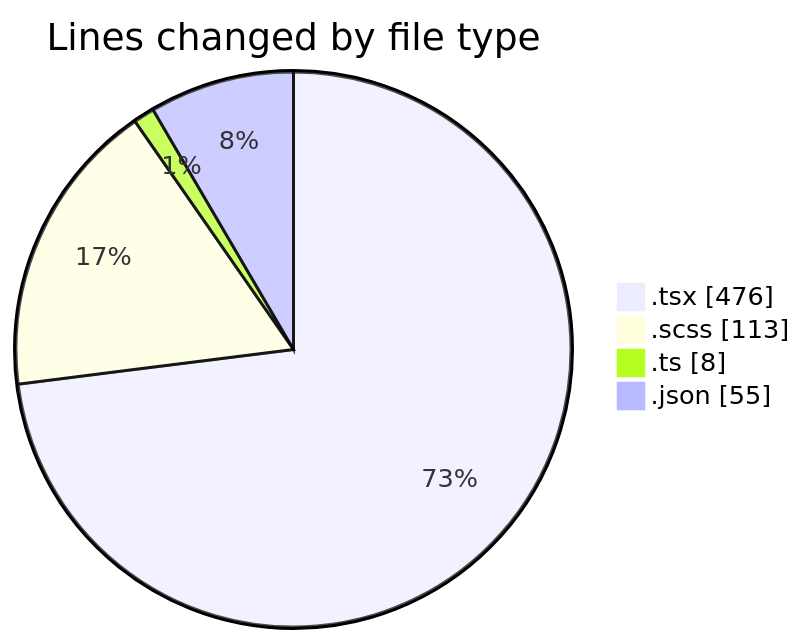
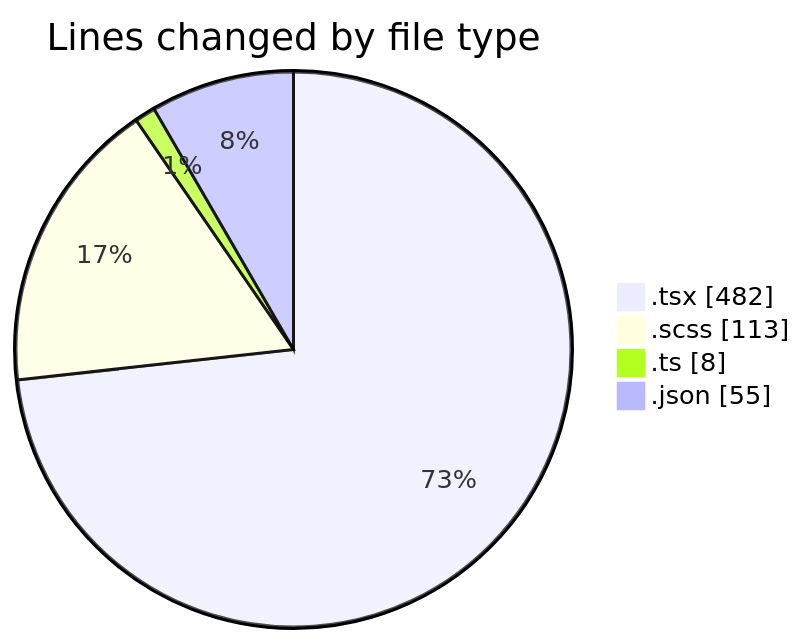
One commit to momahboobian/code-tracking changed the first of 2 diagrams in 2026-10-30/cda/README.md. Above: the diagram before and after it, drawn with Mermaid. The commit also changed other lines of this file and 1 other file, not shown here.

````diff
--- a/2026-10-30/cda/README.md
+++ b/2026-10-30/cda/README.md
@@ -28,8 +28,8 @@
 ```mermaid
 pie showData
 title Lines changed by file type
-".tsx" : 476
+".tsx" : 482
 ".scss" : 113
 ".ts" : 8
 ".json" : 55
 ```
````
